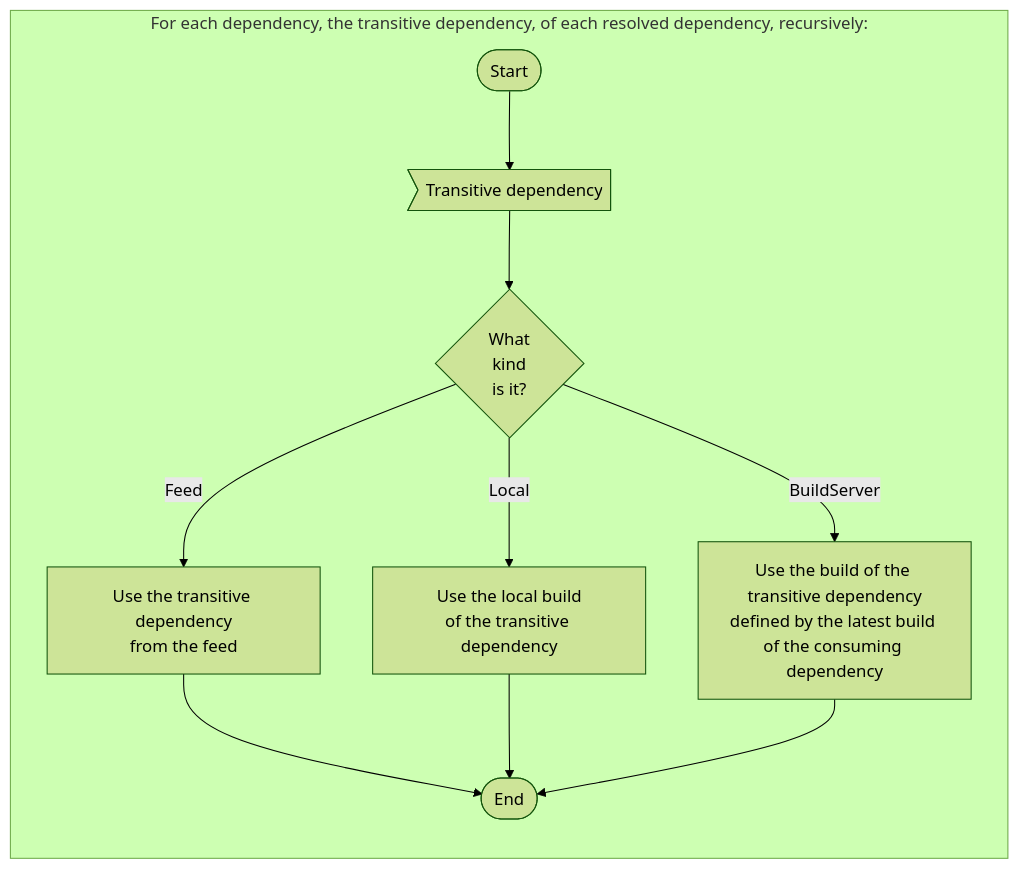
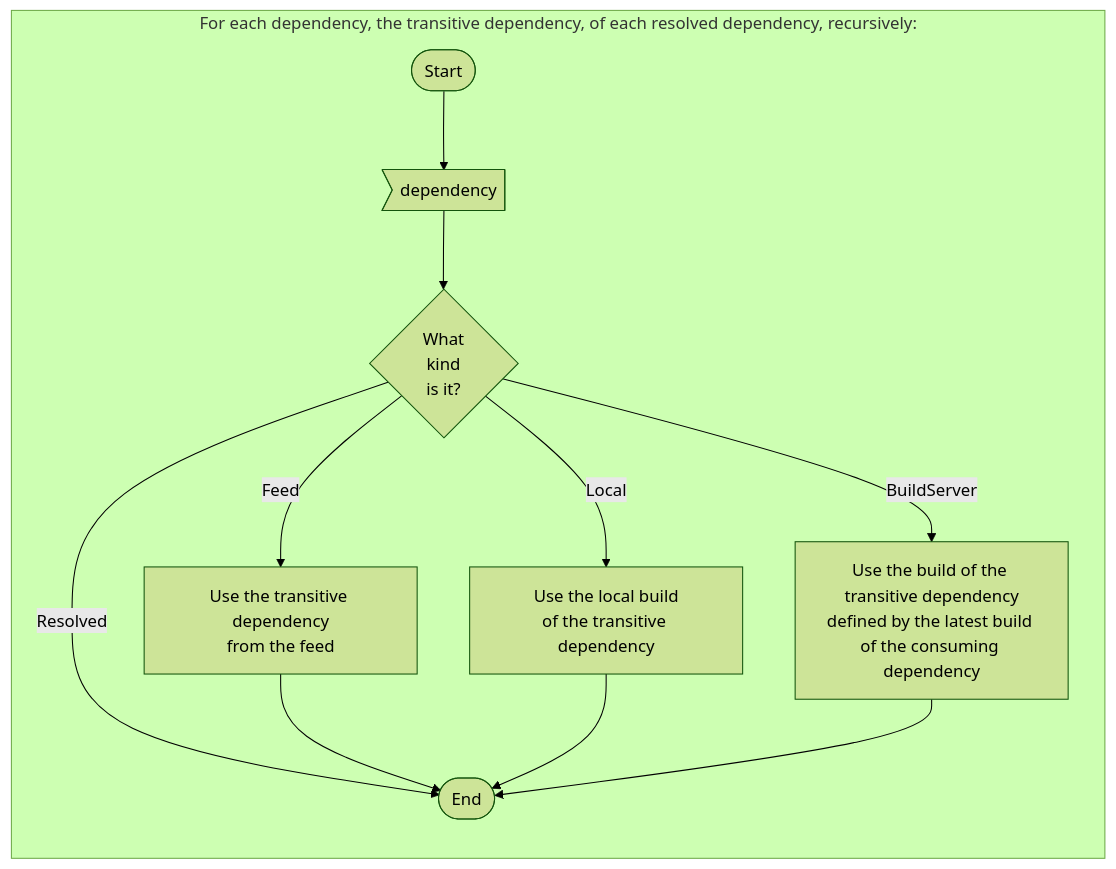
One commit to postsharp/PostSharp.Engineering changed the third of 3 diagrams in doc/build-flow.md. Above: the diagram before and after it, drawn with Mermaid (forest theme). The commit also changed other lines of this file and 1 other file, not shown here.

````diff
--- a/doc/build-flow.md
+++ b/doc/build-flow.md
@@ -51,22 +36,23 @@
 ```mermaid
 flowchart LR
 
     subgraph for_each_dependency[For each dependency, the transitive dependency, of each resolved dependency, recursively:]
 
         start([Start])
 
-        start --> dependency>Transitive dependency]
+        start --> dependency>dependency]
 
         dependency --> switch_dependency_kind{What<br>kind<br>is it?}
 
+switch_dependency_kind --> |Resolved| END
         switch_dependency_kind --> |Feed| use_feed[Use the transitive dependency<br>from the feed]
         switch_dependency_kind --> |Local| use_local[Use the local build<br>of the transitive dependency]
         switch_dependency_kind --> |BuildServer| use_proven_dependency[Use the build of the transitive dependency<br>defined by the latest build of the consuming dependency]
 
         END([End])
 
         use_feed --> END
         use_local --> END
         use_proven_dependency --> END
     end
 ```
````
